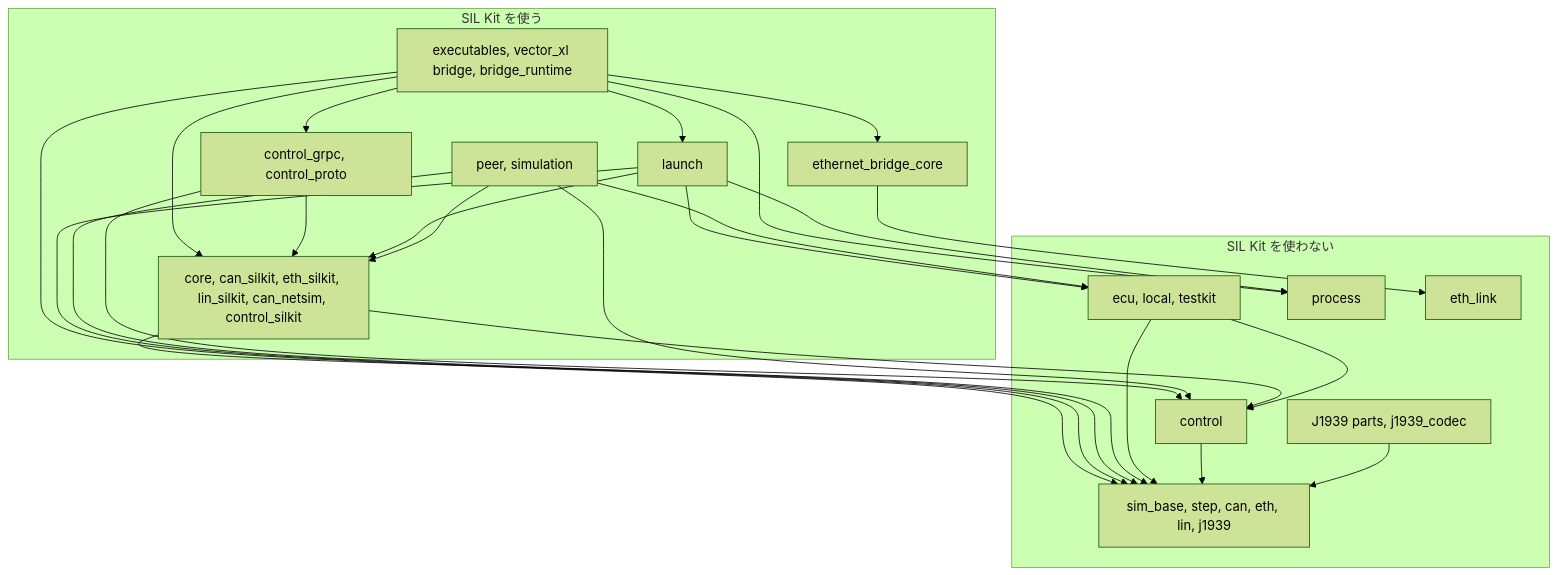
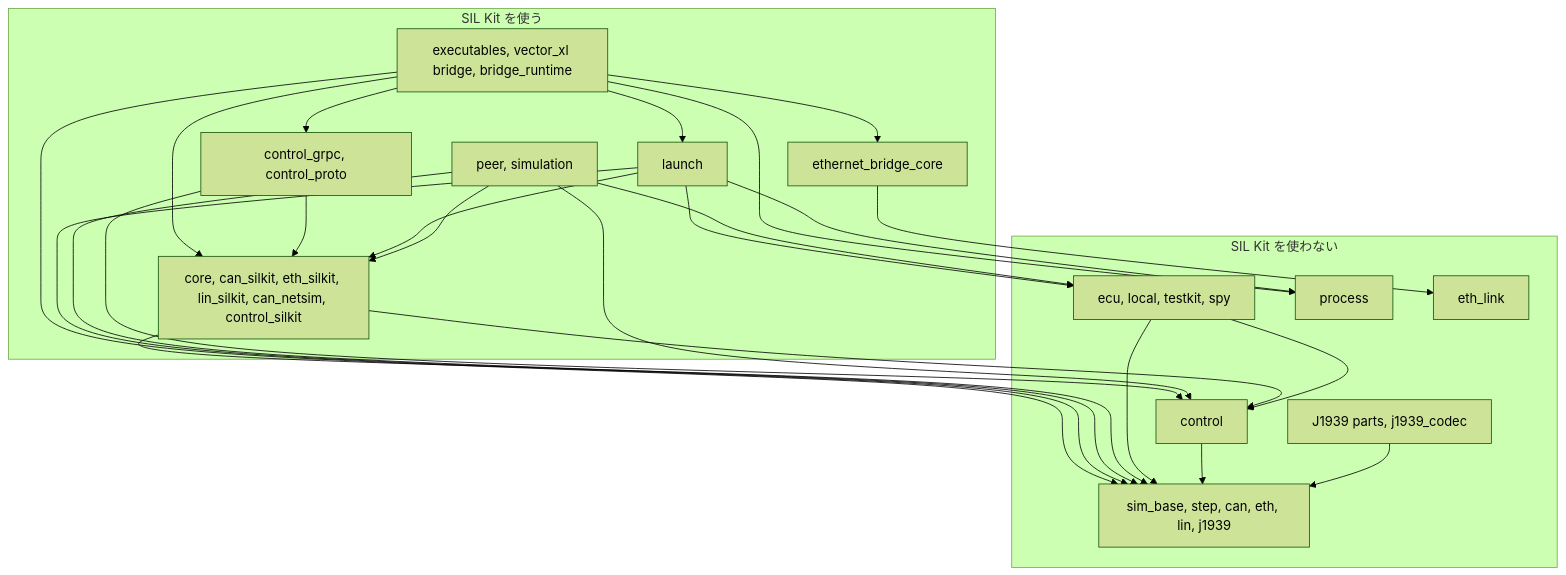
The first of 8 diagrams in docs/ja/code-map.md (rahanahu/vehicle-sil), drawn with Mermaid (forest theme) before and after one commit. The commit also changed other lines of this file and 11 other files, not shown here.

````diff
--- a/docs/ja/code-map.md
+++ b/docs/ja/code-map.md
@@ -1185,42 +1186,42 @@
 ```mermaid
 flowchart TD
     subgraph no_silkit["SIL Kit を使わない"]
         protocols["sim_base, step, can, eth, lin, j1939"]
         control["control"]
         j1939_parts["J1939 parts, j1939_codec"]
-        app["ecu, local, testkit"]
+        app["ecu, local, testkit, spy"]
         process["process"]
         eth_link_box["eth_link"]
     end
     subgraph with_silkit["SIL Kit を使う"]
         bindings["core, can_silkit, eth_silkit, lin_silkit, can_netsim, control_silkit"]
         run["peer, simulation"]
         launch["launch"]
         grpc["control_grpc, control_proto"]
         tools["executables, vector_xl bridge, bridge_runtime"]
         ethernet_bridge["ethernet_bridge_core"]
     end
     j1939_parts --> protocols
     control --> protocols
     app --> protocols
     app --> control
     bindings --> protocols
     bindings --> control
     run --> app
     run --> bindings
     run --> protocols
     run --> control
     launch --> app
     launch --> process
     launch --> protocols
     launch --> bindings
     grpc --> control
     grpc --> bindings
     tools --> protocols
     tools --> bindings
     tools --> launch
     tools --> process
     tools --> grpc
     tools --> ethernet_bridge
     ethernet_bridge --> eth_link_box
 ```
````
